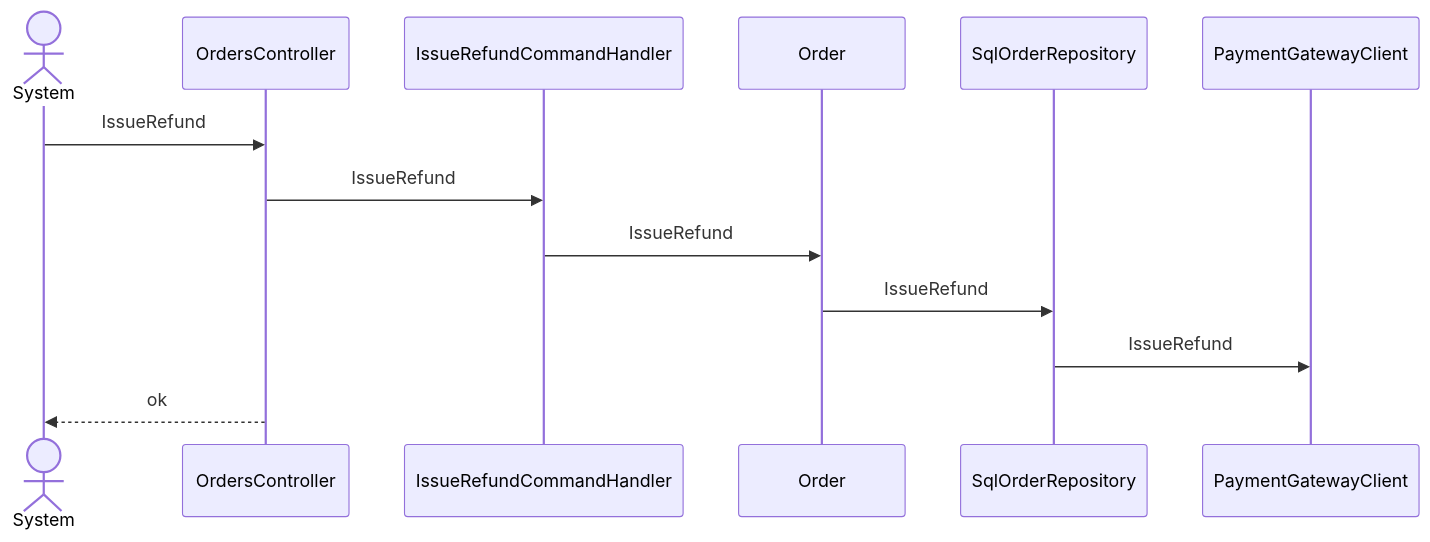
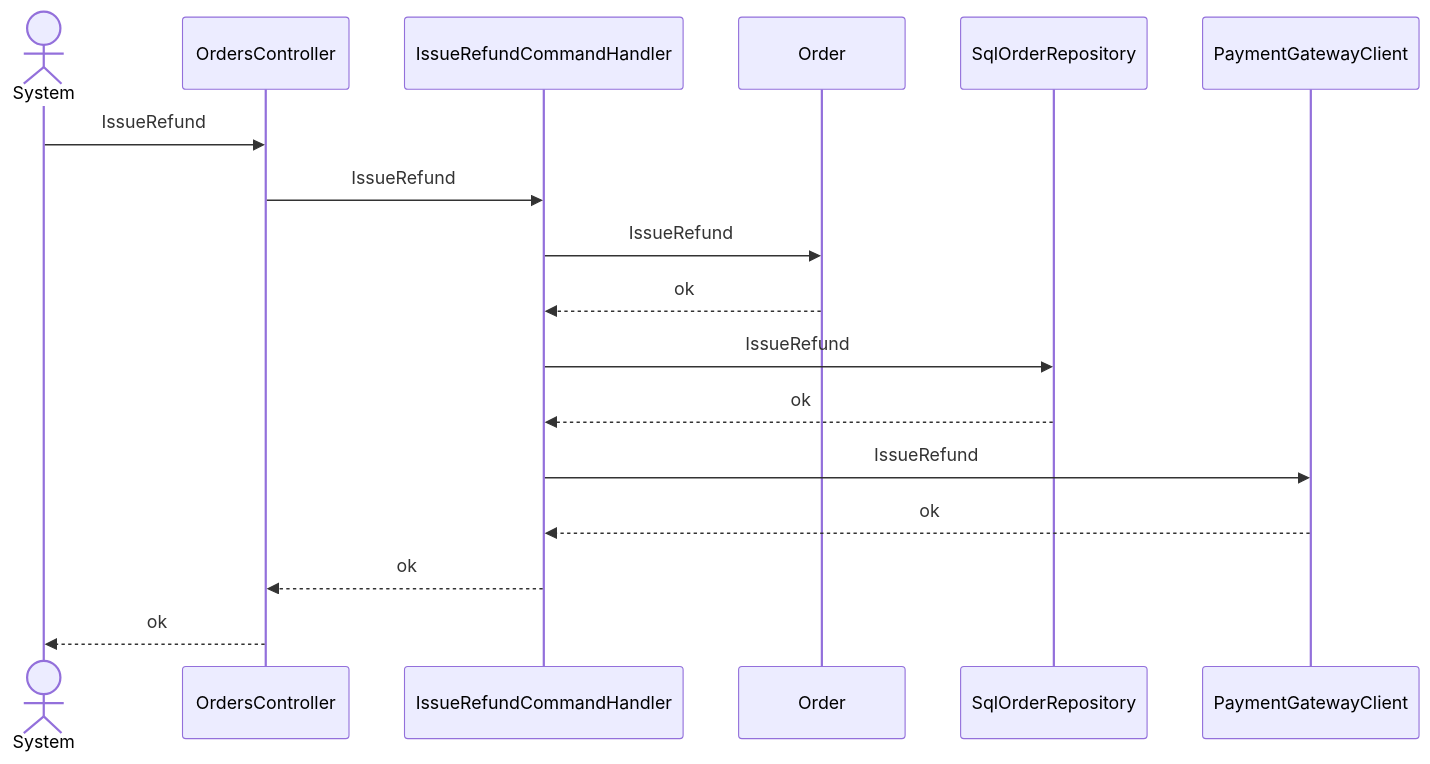
Before and after one commit to pin0513/AITools: the fifth of 6 diagrams in skills/spec-dev-process/examples/matrix/be-only-mixed-s1/specs/rd/order-cancel/spec/30-architecture-c4.md, drawn with Mermaid. The commit also changed other lines of this file and 257 other files, not shown here.

````diff
--- a/skills/spec-dev-process/examples/matrix/be-only-mixed-s1/specs/rd/order-cancel/spec/30-architecture-c4.md
+++ b/skills/spec-dev-process/examples/matrix/be-only-mixed-s1/specs/rd/order-cancel/spec/30-architecture-c4.md
@@ -99,15 +102,19 @@
 ```mermaid
 sequenceDiagram
   actor U as System
   participant CMP001 as OrdersController
   participant CMP003 as IssueRefundCommandHandler
   participant CMP005 as Order
   participant CMP006 as SqlOrderRepository
   participant CMP007 as PaymentGatewayClient
   U->>CMP001: IssueRefund
   CMP001->>CMP003: IssueRefund
   CMP003->>CMP005: IssueRefund
-  CMP005->>CMP006: IssueRefund
-  CMP006->>CMP007: IssueRefund
+  CMP005-->>CMP003: ok
+  CMP003->>CMP006: IssueRefund
+  CMP006-->>CMP003: ok
+  CMP003->>CMP007: IssueRefund
+  CMP007-->>CMP003: ok
+  CMP003-->>CMP001: ok
   CMP001-->>U: ok
 ```
````
